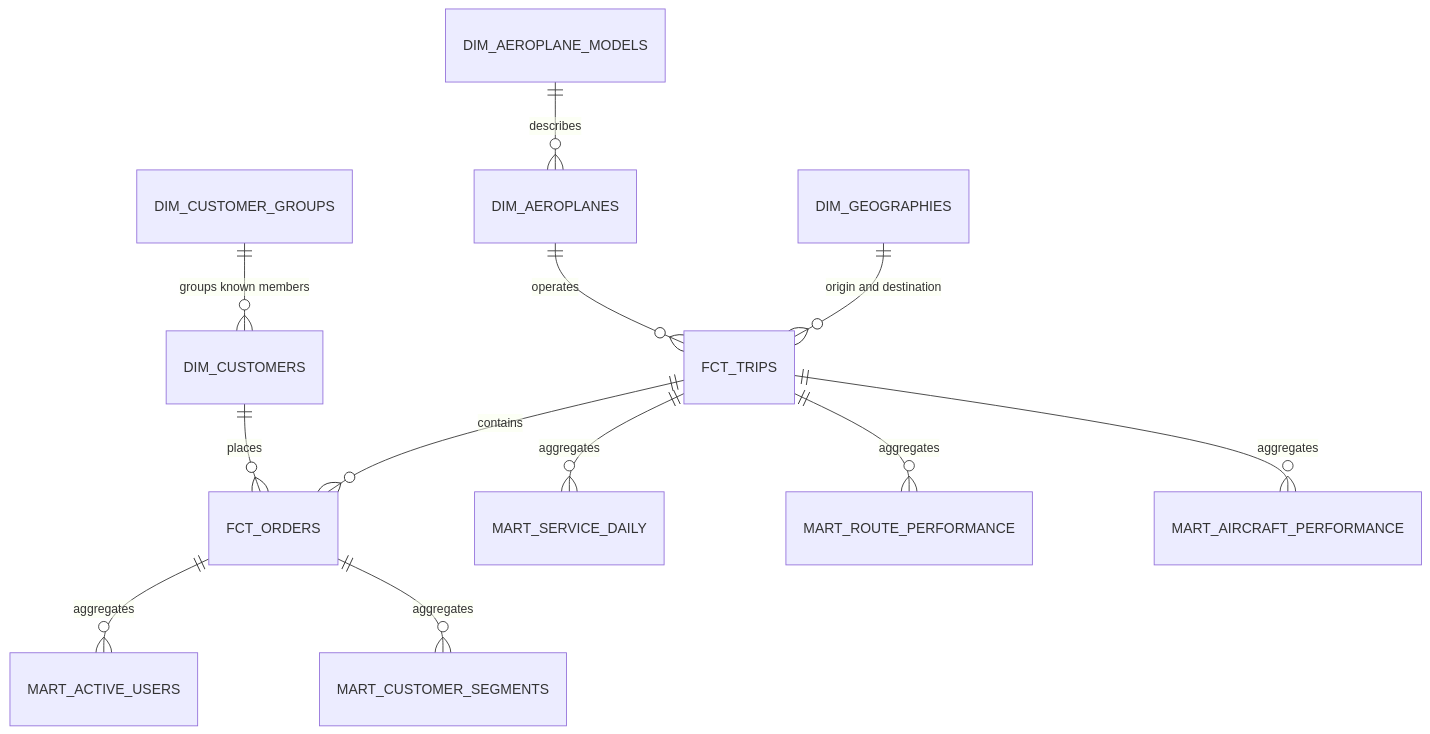
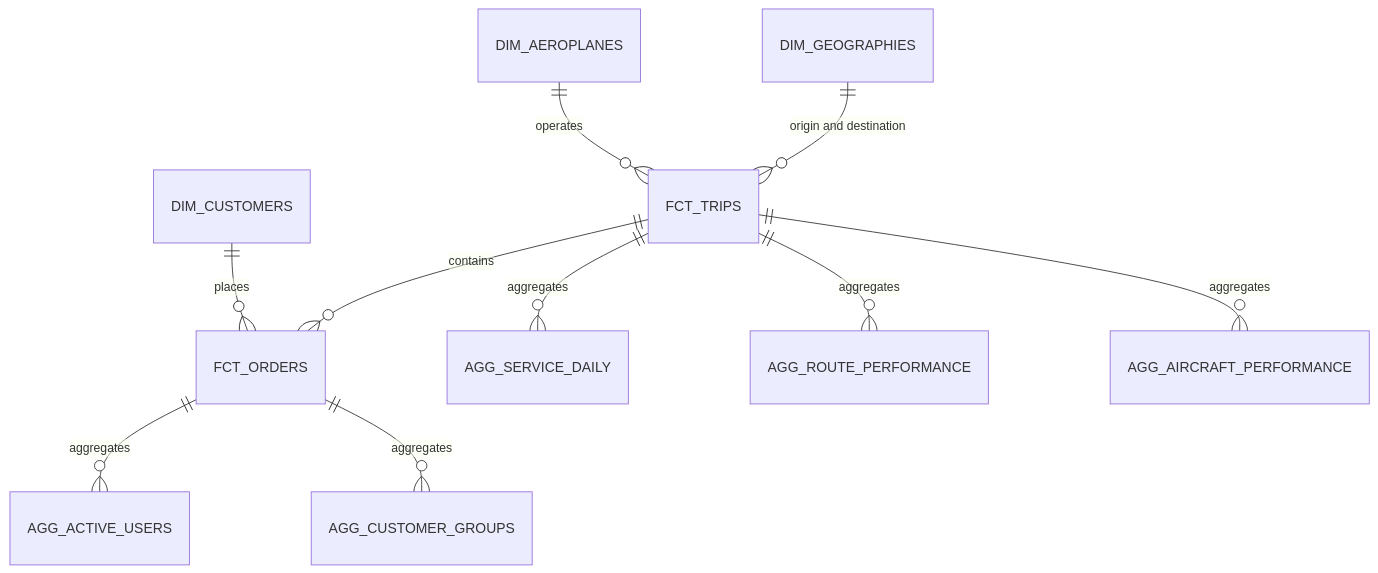
Before and after one commit to KikeSenpai/delta-analytics-engineering-template: the diagram in docs/take_home_solution.md, drawn with Mermaid. The commit also changed other lines of this file and 28 other files, not shown here.

First line of the commit message:
refactor: restructure air-service marts into a flat star schema

````diff
--- a/docs/take_home_solution.md
+++ b/docs/take_home_solution.md
@@ -15,14 +15,12 @@
 ```mermaid
 erDiagram
-    DIM_CUSTOMER_GROUPS ||--o{ DIM_CUSTOMERS : "groups known members"
     DIM_CUSTOMERS ||--o{ FCT_ORDERS : places
-    DIM_AEROPLANE_MODELS ||--o{ DIM_AEROPLANES : describes
     DIM_AEROPLANES ||--o{ FCT_TRIPS : operates
     FCT_TRIPS ||--o{ FCT_ORDERS : contains
     DIM_GEOGRAPHIES ||--o{ FCT_TRIPS : "origin and destination"
-    FCT_ORDERS ||--o{ MART_ACTIVE_USERS : aggregates
-    FCT_TRIPS ||--o{ MART_SERVICE_DAILY : aggregates
-    FCT_TRIPS ||--o{ MART_ROUTE_PERFORMANCE : aggregates
-    FCT_TRIPS ||--o{ MART_AIRCRAFT_PERFORMANCE : aggregates
-    FCT_ORDERS ||--o{ MART_CUSTOMER_SEGMENTS : aggregates
+    FCT_ORDERS ||--o{ AGG_ACTIVE_USERS : aggregates
+    FCT_TRIPS ||--o{ AGG_SERVICE_DAILY : aggregates
+    FCT_TRIPS ||--o{ AGG_ROUTE_PERFORMANCE : aggregates
+    FCT_TRIPS ||--o{ AGG_AIRCRAFT_PERFORMANCE : aggregates
+    FCT_ORDERS ||--o{ AGG_CUSTOMER_GROUPS : aggregates
 ```
````
